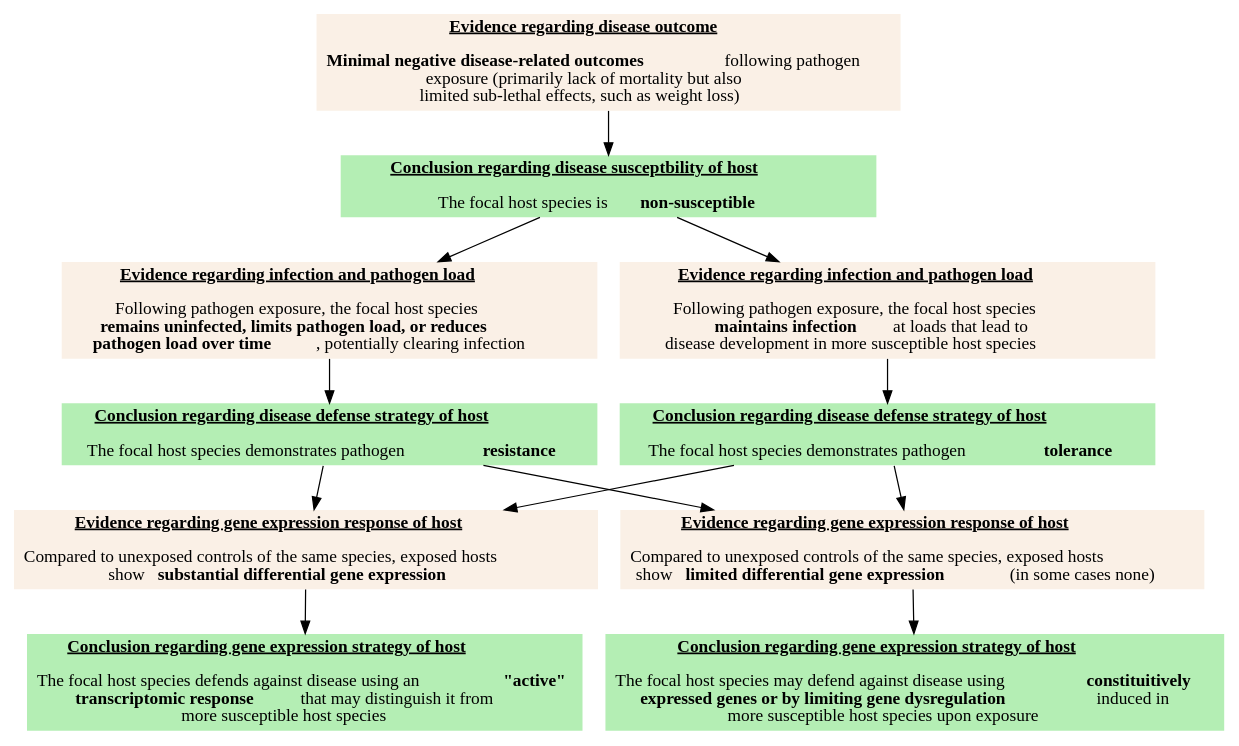
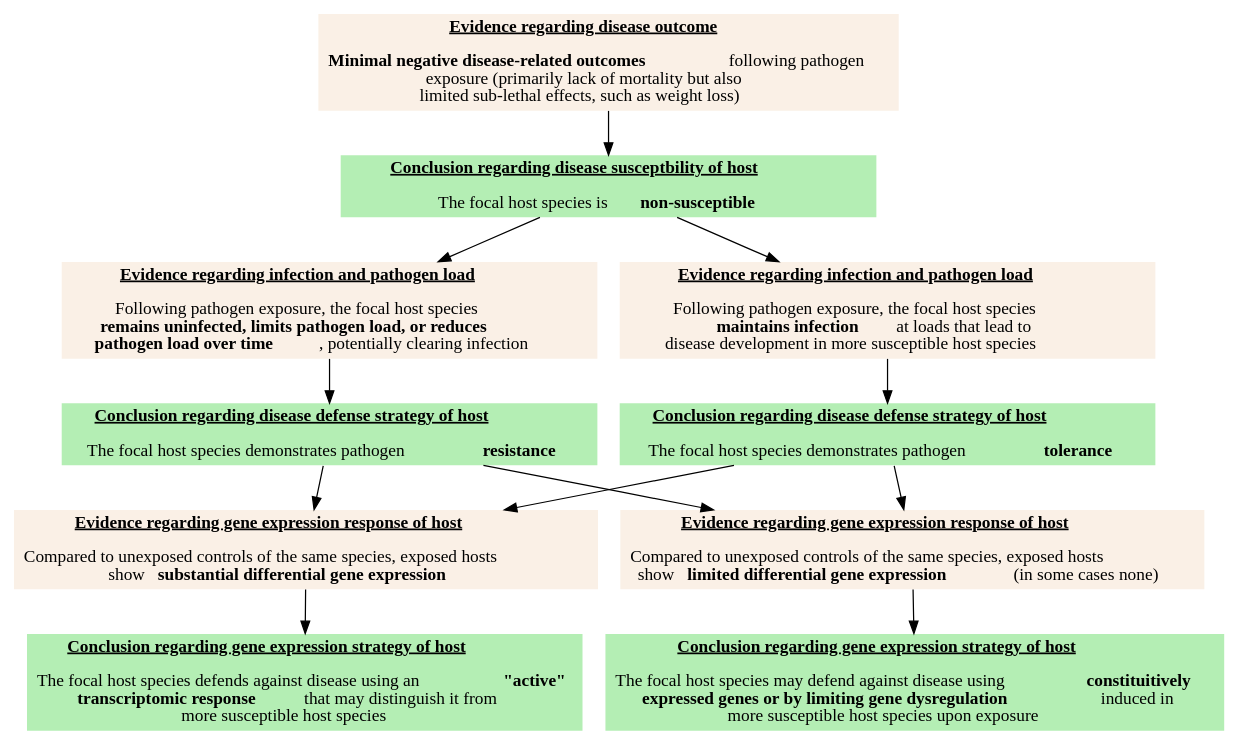
Before and after one commit to eveskew/wild_expression: the diagram in data/figures/flowchart.dot, drawn with Graphviz. The commit also changed 3 other files, not shown here.

```diff
--- a/data/figures/flowchart.dot
+++ b/data/figures/flowchart.dot
@@ -1,31 +1,31 @@
 
 digraph flowchart {
   
   graph [fontsize = 20]
   
   node [shape = box, fontname = Calibri, style = filled, fillcolor = linen, width = 6, penwidth = 0]
   
-  e1 [label = <<U><B>Evidence regarding disease outcome</B></U><BR></BR><BR></BR><B>Minimal negative disease-related outcomes</B>     following pathogen<BR></BR>exposure (primarily lack of mortality but also<BR></BR>limited sub-lethal effects, such as weight loss)>]
+  e1 [label = <<U><B>Evidence regarding disease outcome</B></U><BR></BR><BR></BR><B>Minimal negative disease-related outcomes</B><B>    </B>following pathogen<BR></BR>exposure (primarily lack of mortality but also<BR></BR>limited sub-lethal effects, such as weight loss)>]
   
-  e2 [label = <<U><B>Evidence regarding infection and pathogen load</B></U><BR></BR><BR></BR>Following pathogen exposure, the focal host species<BR></BR><B>remains uninfected, limits pathogen load, or reduces</B><BR></BR><B>pathogen load over time</B>   , potentially clearing infection>]
+  e2 [label = <<U><B>Evidence regarding infection and pathogen load</B></U><BR></BR><BR></BR>Following pathogen exposure, the focal host species<BR></BR><B>remains uninfected, limits pathogen load, or reduces</B><BR></BR><B>pathogen load over time</B><B>  </B>, potentially clearing infection>]
   
-  e3 [label = <<U><B>Evidence regarding infection and pathogen load</B></U><BR></BR><BR></BR>Following pathogen exposure, the focal host species<BR></BR><B>maintains infection</B>   at loads that lead to<BR></BR>disease development in more susceptible host species>]
+  e3 [label = <<U><B>Evidence regarding infection and pathogen load</B></U><BR></BR><BR></BR>Following pathogen exposure, the focal host species<BR></BR><B>maintains infection</B><B>  </B>at loads that lead to<BR></BR>disease development in more susceptible host species>]
   
   e4 [label = <<U><B>Evidence regarding gene expression response of host</B></U><BR></BR><BR></BR>Compared to unexposed controls of the same species, exposed hosts<BR></BR>show <B>substantial differential gene expression</B>>]
   
-  e5 [label = <<U><B>Evidence regarding gene expression response of host</B></U><BR></BR><BR></BR>Compared to unexposed controls of the same species, exposed hosts<BR></BR>show <B>limited differential gene expression</B>    (in some cases none)>]
+  e5 [label = <<U><B>Evidence regarding gene expression response of host</B></U><BR></BR><BR></BR>Compared to unexposed controls of the same species, exposed hosts<BR></BR>show <B>limited differential gene expression</B><B>   </B>(in some cases none)>]
   
   node [fillcolor = darkseagreen2]
   
   c1 [label = <<U><B>Conclusion regarding disease susceptbility of host</B></U><BR></BR><BR></BR>The focal host species is <B>non-susceptible</B>>]
   
   c2 [label = <<U><B>Conclusion regarding disease defense strategy of host</B></U><BR></BR><BR></BR>The focal host species demonstrates pathogen   <B>resistance</B>>]
   
   c3 [label = <<U><B>Conclusion regarding disease defense strategy of host</B></U><BR></BR><BR></BR>The focal host species demonstrates pathogen   <B>tolerance</B>>]
   
-  c4 [label = <<U><B>Conclusion regarding gene expression strategy of host</B></U><BR></BR><BR></BR>The focal host species defends against disease using an  <B>"active"</B><BR></BR><B>transcriptomic response</B>    that may distinguish it from<BR></BR>more susceptible host species>]
+  c4 [label = <<U><B>Conclusion regarding gene expression strategy of host</B></U><BR></BR><BR></BR>The focal host species defends against disease using an  <B>"active"</B><BR></BR><B>transcriptomic response</B><B>   </B>that may distinguish it from<BR></BR>more susceptible host species>]
   
-  c5 [label = <<U><B>Conclusion regarding gene expression strategy of host</B></U><BR></BR><BR></BR>The focal host species may defend against disease using  <B>constituitively</B><BR></BR><B>expressed genes or by limiting gene dysregulation</B>     induced in<BR></BR>more susceptible host species upon exposure>]
+  c5 [label = <<U><B>Conclusion regarding gene expression strategy of host</B></U><BR></BR><BR></BR>The focal host species may defend against disease using  <B>constituitively</B><BR></BR><B>expressed genes or by limiting gene dysregulation</B><B>    </B>induced in<BR></BR>more susceptible host species upon exposure>]
   
   e1 -> c1; c1 -> e2; c1 -> e3; e2 -> c2; e3 -> c3; c2 -> e4; c2 -> e5; c3 -> e4; c3 -> e5; e4 -> c4; e5 -> c5
 }
```
